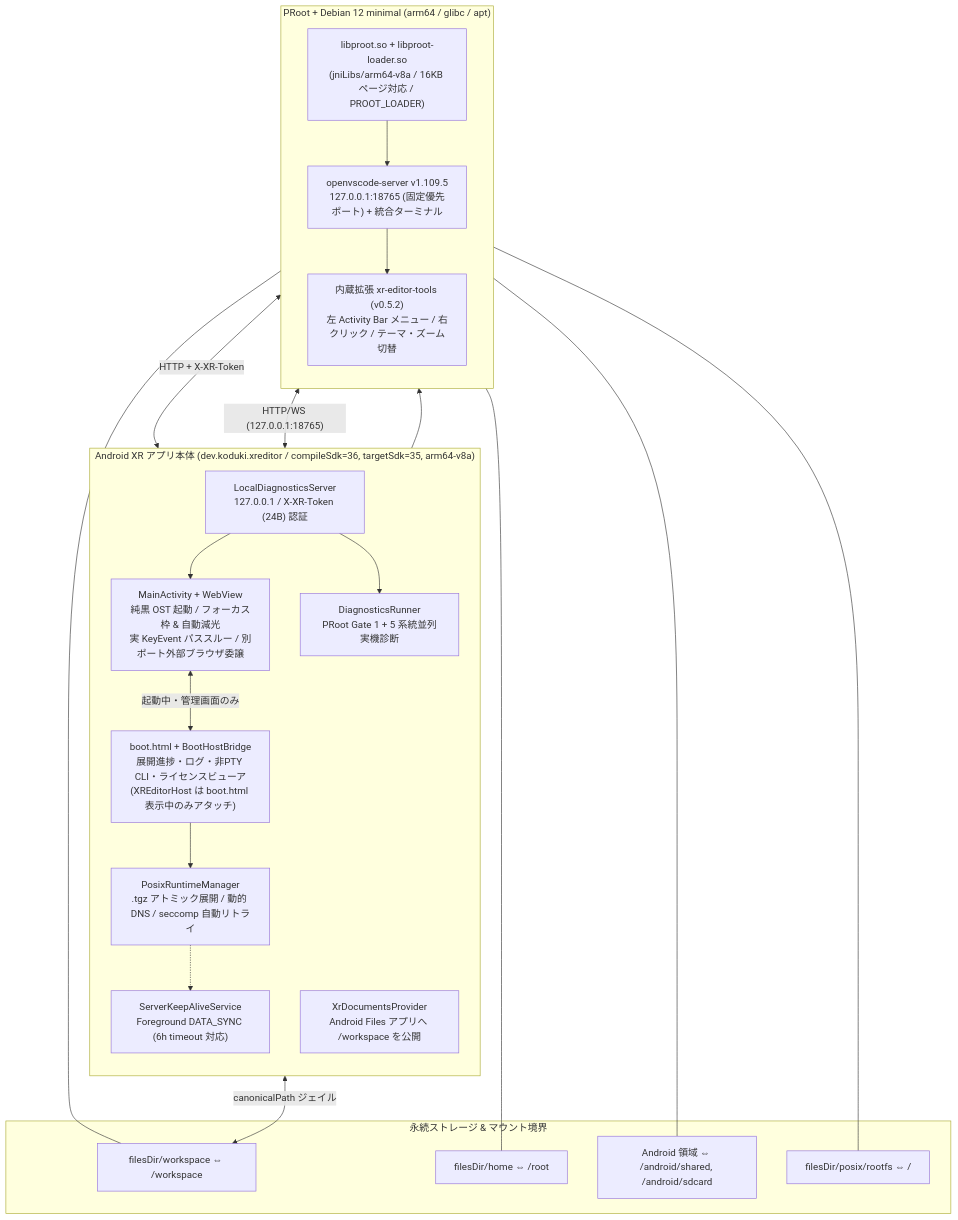
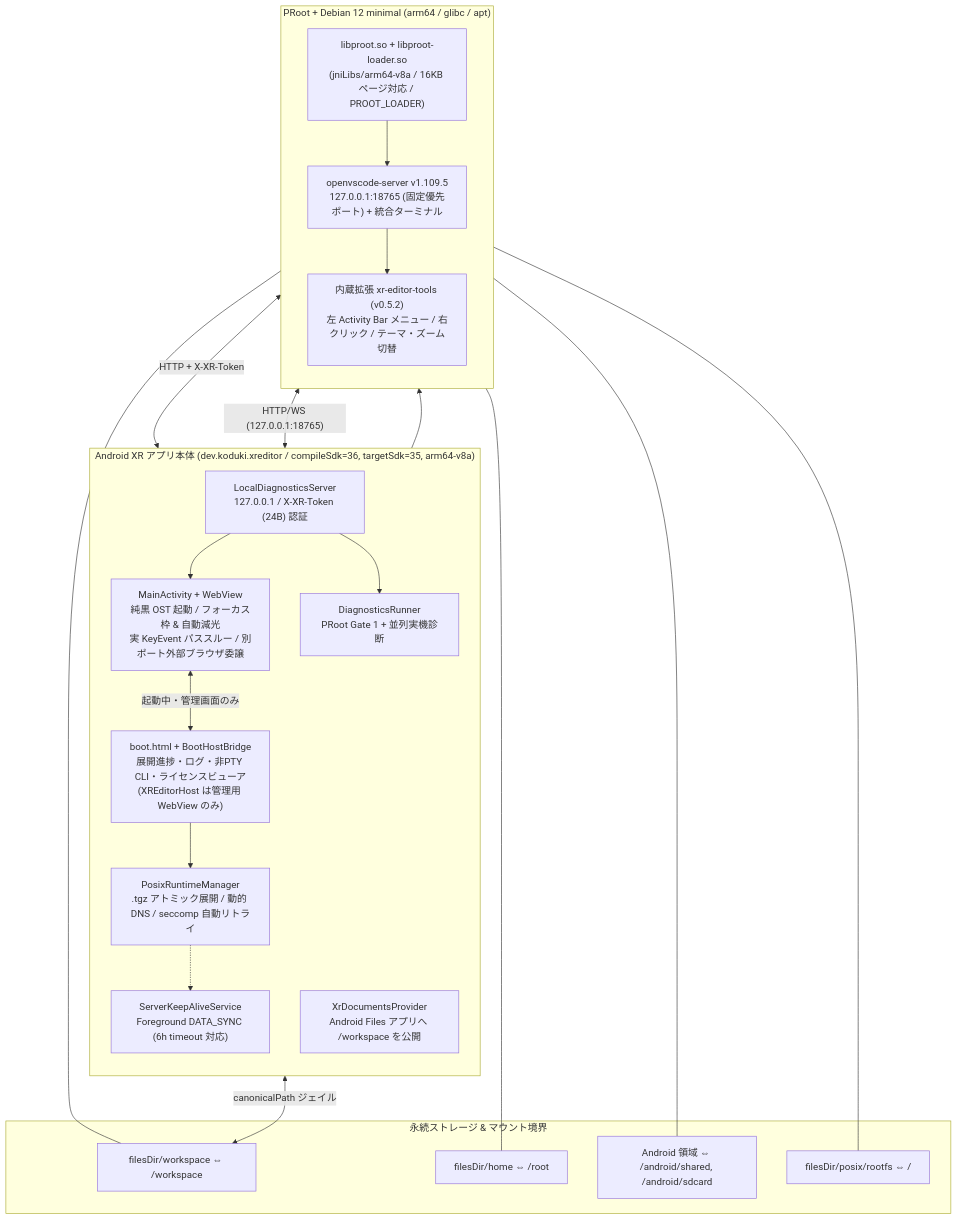
One commit to koduki/3d-editor changed the diagram in README.md. Above: the diagram before and after it, drawn with Mermaid. The commit also changed other lines of this file and 12 other files, not shown here.

````diff
--- a/README.md
+++ b/README.md
@@ -52,43 +52,43 @@
 ```mermaid
 flowchart TB
     subgraph AndroidXR["Android XR アプリ本体 (dev.koduki.xreditor / compileSdk=36, targetSdk=35, arm64-v8a)"]
         direction TB
         MA["MainActivity + WebView<br/>純黒 OST 起動 / フォーカス枠 & 自動減光<br/>実 KeyEvent パススルー / 別ポート外部ブラウザ委譲"]
-        BOOT["boot.html + BootHostBridge<br/>展開進捗・ログ・非PTY CLI・ライセンスビューア<br/>(XREditorHost は boot.html 表示中のみアタッチ)"]
+        BOOT["boot.html + BootHostBridge<br/>展開進捗・ログ・非PTY CLI・ライセンスビューア<br/>(XREditorHost は管理用 WebView のみ)"]
         ADMIN["LocalDiagnosticsServer<br/>127.0.0.1 / X-XR-Token (24B) 認証"]
-        DIAG["DiagnosticsRunner<br/>PRoot Gate 1 + 5 系統並列実機診断"]
+        DIAG["DiagnosticsRunner<br/>PRoot Gate 1 + 並列実機診断"]
         DOC["XrDocumentsProvider<br/>Android Files アプリへ /workspace を公開"]
         FGS["ServerKeepAliveService<br/>Foreground DATA_SYNC (6h timeout 対応)"]
         PRM["PosixRuntimeManager<br/>.tgz アトミック展開 / 動的 DNS / seccomp 自動リトライ"]
     end
 
     subgraph Guest["PRoot + Debian 12 minimal (arm64 / glibc / apt)"]
         direction TB
         PROOT["libproot.so + libproot-loader.so<br/>(jniLibs/arm64-v8a / 16KB ページ対応 / PROOT_LOADER)"]
         VSC["openvscode-server v1.109.5<br/>127.0.0.1:18765 (固定優先ポート) + 統合ターミナル"]
         EXT["内蔵拡張 xr-editor-tools (v0.5.2)<br/>左 Activity Bar メニュー / 右クリック / テーマ・ズーム切替"]
     end
 
     subgraph Storage["永続ストレージ & マウント境界"]
         WS["filesDir/workspace ⇔ /workspace"]
         HOME["filesDir/home ⇔ /root"]
         AND["Android 領域 ⇔ /android/shared, /android/sdcard"]
         ROOTFS["filesDir/posix/rootfs ⇔ /"]
     end
 
     MA <-->|"HTTP/WS (127.0.0.1:18765)"| VSC
     MA <-->|"起動中・管理画面のみ"| BOOT
     BOOT --> PRM
     EXT <-->|"HTTP + X-XR-Token"| ADMIN
     ADMIN --> DIAG
     ADMIN --> MA
     PRM --> PROOT
     PROOT --> VSC
     VSC --> EXT
     PRM -.-> FGS
     DOC <-->|"canonicalPath ジェイル"| WS
     PROOT --- WS
     PROOT --- HOME
     PROOT --- AND
     PROOT --- ROOTFS
 ```
````
